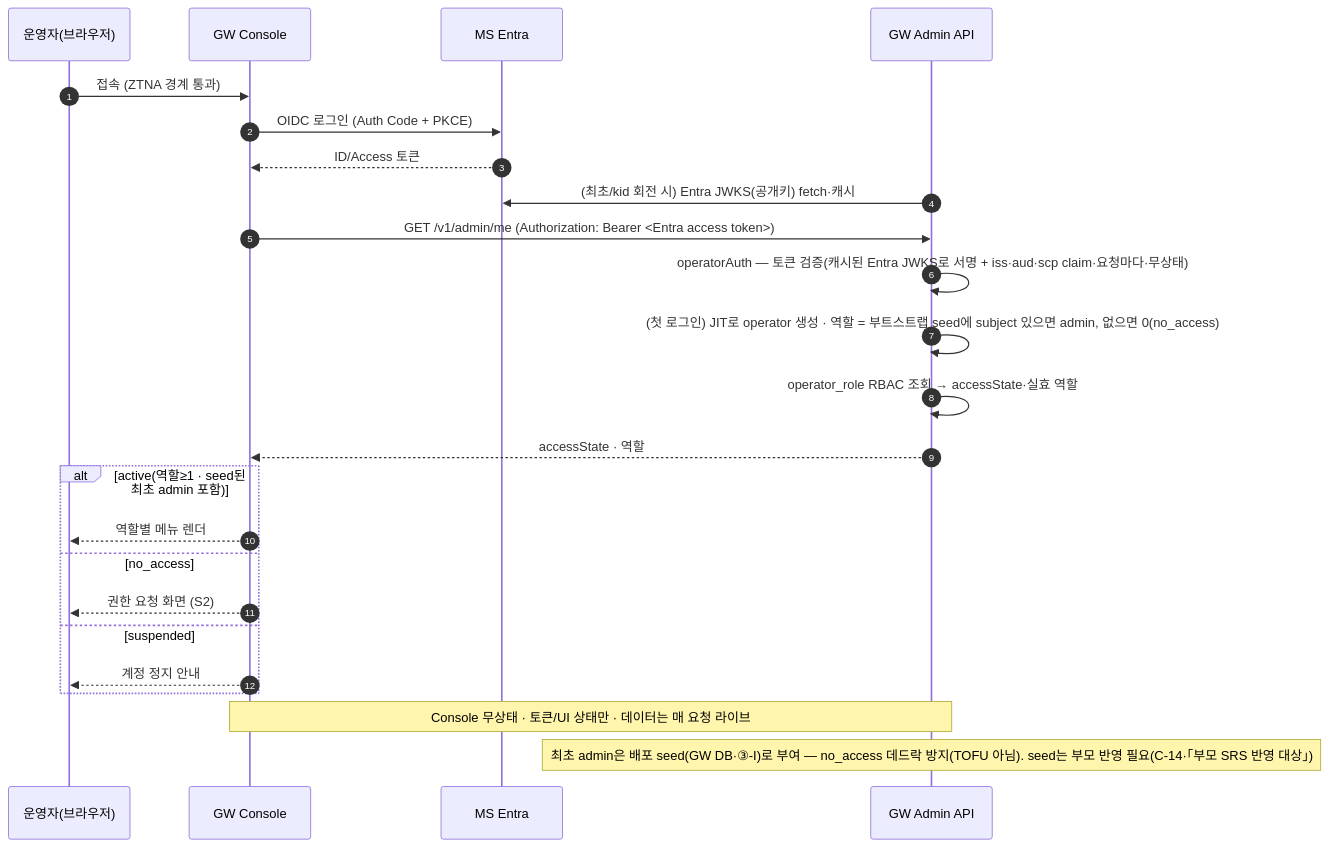
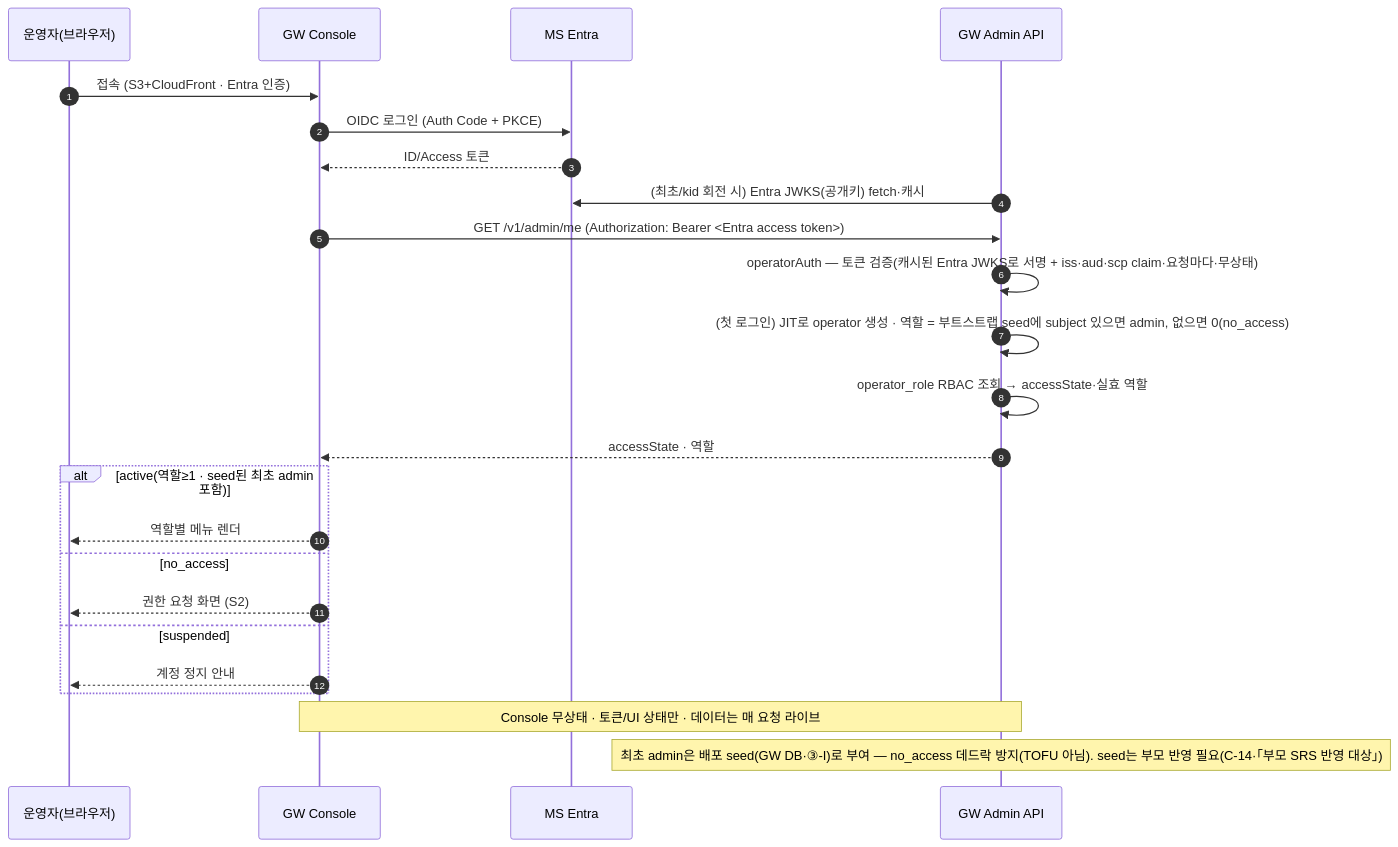
The fourth of 10 diagrams in docs/VT_API_Gateway/08.VT_API_Gateway/specs/03c-subsrs-gw-console/SRS.md (gracegyu/scp-architecture), drawn with Mermaid before and after one commit. The commit also changed other lines of this file and 1 other file, not shown here.

````diff
--- a/docs/VT_API_Gateway/08.VT_API_Gateway/specs/03c-subsrs-gw-console/SRS.md
+++ b/docs/VT_API_Gateway/08.VT_API_Gateway/specs/03c-subsrs-gw-console/SRS.md
@@ -211,26 +211,26 @@
 ```mermaid
 sequenceDiagram
     autonumber
     participant OP as 운영자(브라우저)
     participant C as GW Console
     participant E as MS Entra
     participant GW as GW Admin API
-    OP->>C: 접속 (ZTNA 경계 통과)
+    OP->>C: 접속 (S3+CloudFront · Entra 인증)
     C->>E: OIDC 로그인 (Auth Code + PKCE)
     E-->>C: ID/Access 토큰
     GW->>E: (최초/kid 회전 시) Entra JWKS(공개키) fetch·캐시
     C->>GW: GET /v1/admin/me (Authorization: Bearer <Entra access token>)
     GW->>GW: operatorAuth — 토큰 검증(캐시된 Entra JWKS로 서명 + iss·aud·scp claim·요청마다·무상태)
     GW->>GW: (첫 로그인) JIT로 operator 생성 · 역할 = 부트스트랩 seed에 subject 있으면 admin, 없으면 0(no_access)
     GW->>GW: operator_role RBAC 조회 → accessState·실효 역할
     GW-->>C: accessState · 역할
     alt active(역할≥1 · seed된 최초 admin 포함)
         C-->>OP: 역할별 메뉴 렌더
     else no_access
         C-->>OP: 권한 요청 화면 (S2)
     else suspended
         C-->>OP: 계정 정지 안내
     end
     Note over C,GW: Console 무상태 · 토큰/UI 상태만 · 데이터는 매 요청 라이브
     Note over GW: 최초 admin은 배포 seed(GW DB·③-I)로 부여 — no_access 데드락 방지(TOFU 아님). seed는 부모 반영 필요(C-14·「부모 SRS 반영 대상」)
 ```
````
